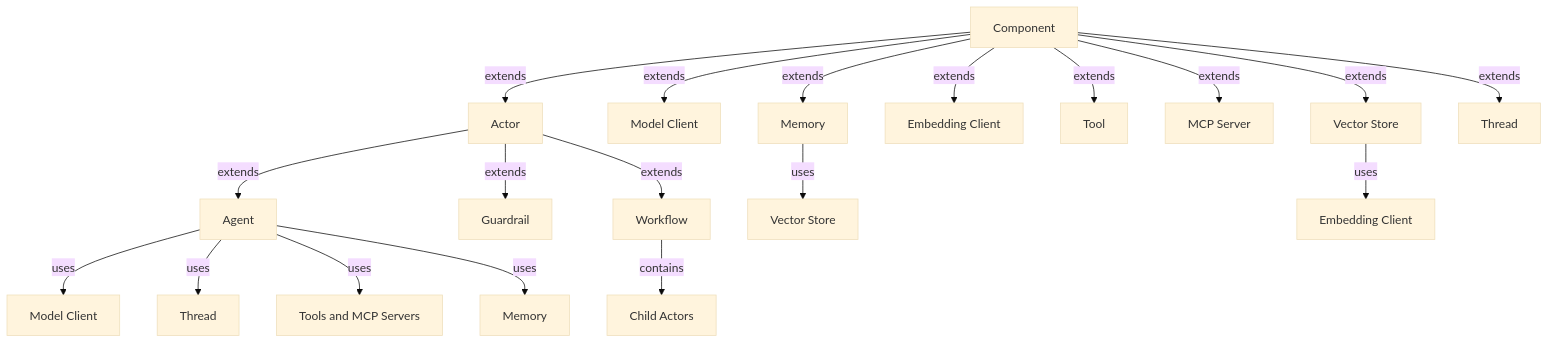
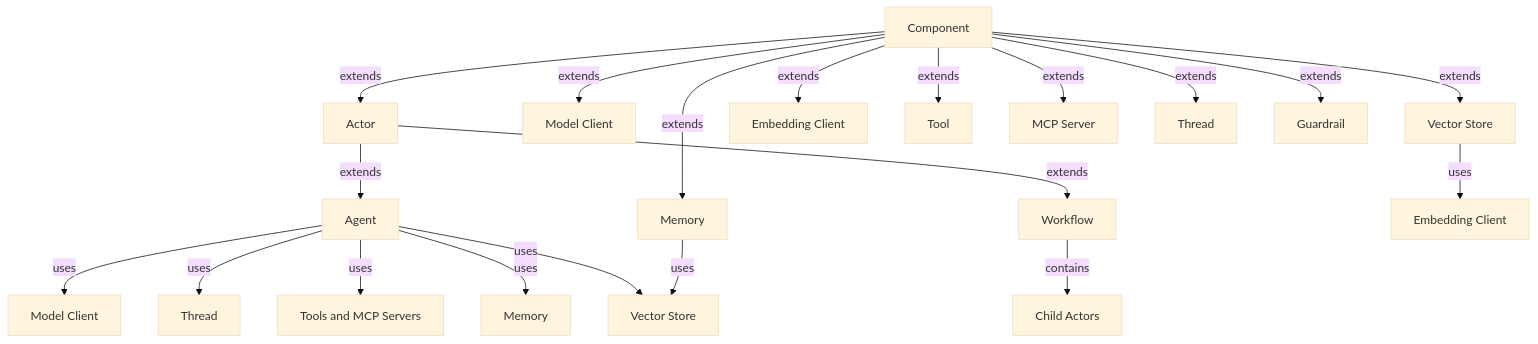
Before and after one commit to microsoft/agent-framework: the diagram in docs/design/main.md, drawn with Mermaid (base theme). The commit also changed other lines of this file, not shown here.

````diff
--- a/docs/design/main.md
+++ b/docs/design/main.md
@@ -75,25 +75,26 @@
 ```mermaid
 graph TD
     Component[Component] --> |extends| Actor[Actor]
     Actor --> |extends| Agent[Agent]
-    Actor --> |extends| Guardrail[Guardrail]
     Actor --> |extends| Workflow[Workflow]
     
     Component --> |extends| ModelClient[Model Client]
     Component --> |extends| VectorStore[Vector Store]
     Component --> |extends| EmbeddingClient[Embedding Client]
     Component --> |extends| Tool[Tool]
     Component --> |extends| MCPServer[MCP Server]
     Component --> |extends| Memory[Memory]
     Component --> |extends| Thread[Thread]
+    Component --> |extends| Guardrail[Guardrail]
     
     Agent --> |uses| uses1[Model Client]
     Agent --> |uses| uses2[Thread]
     Agent --> |uses| uses3[Tools and MCP Servers]
     Agent --> |uses| uses4[Memory]
+    Agent --> |uses| uses5[Guardrail]
     
     Workflow --> |contains| contains[Child Actors]
 
     Memory --> |uses| uses5[Vector Store]
     VectorStore --> |uses| uses6[Embedding Client]
 ```
````
